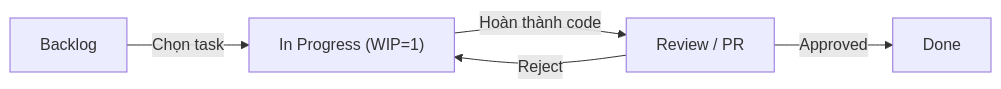
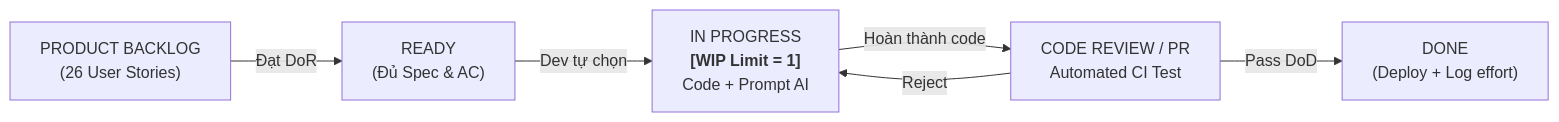
The second of 5 diagrams in final-exam/preparation/6_Team_Monitoring_Risk_Lessons/README.md (se-bros/hcmus-projectmanage--lab), drawn with Mermaid before and after one commit. The commit also changed other lines of this file, not shown here.

````diff
--- a/final-exam/preparation/6_Team_Monitoring_Risk_Lessons/README.md
+++ b/final-exam/preparation/6_Team_Monitoring_Risk_Lessons/README.md
@@ -138,8 +208,8 @@
 ```mermaid
 flowchart LR
-    %% Tự hoàn thiện sơ đồ Kanban Board
-    Backlog["Backlog"] -->|Chọn task| InProgress["In Progress (WIP=1)"]
-    InProgress -->|Hoàn thành code| Review["Review / PR"]
-    Review -->|Approved| Done["Done"]
+    Backlog["PRODUCT BACKLOG<br>(26 User Stories)"] -->|Đạt DoR| Ready["READY<br>(Đủ Spec & AC)"]
+    Ready -->|Dev tự chọn| InProgress["IN PROGRESS<br><b>[WIP Limit = 1]</b><br>Code + Prompt AI"]
+    InProgress -->|Hoàn thành code| Review["CODE REVIEW / PR<br>Automated CI Test"]
+    Review -->|Pass DoD| Done["DONE<br>(Deploy + Log effort)"]
     Review -->|Reject| InProgress
 ```
````
